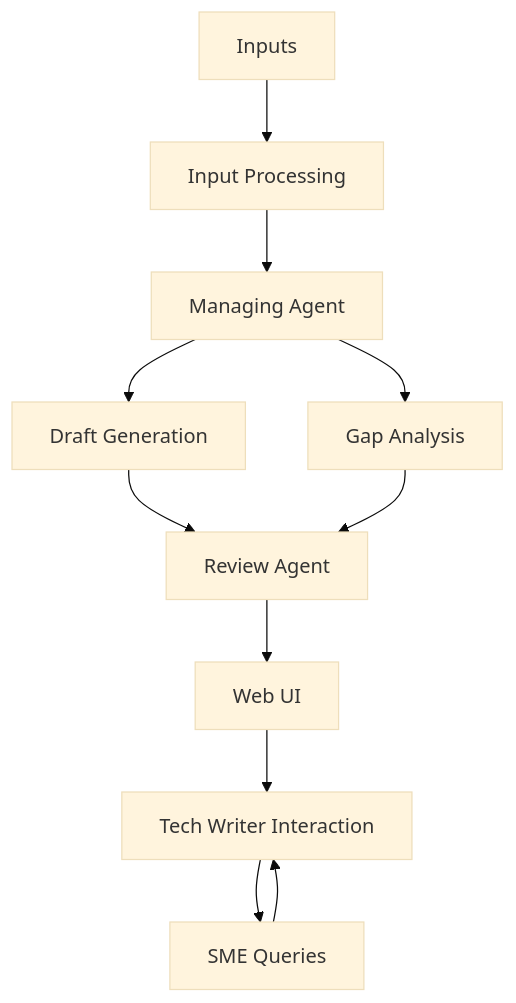
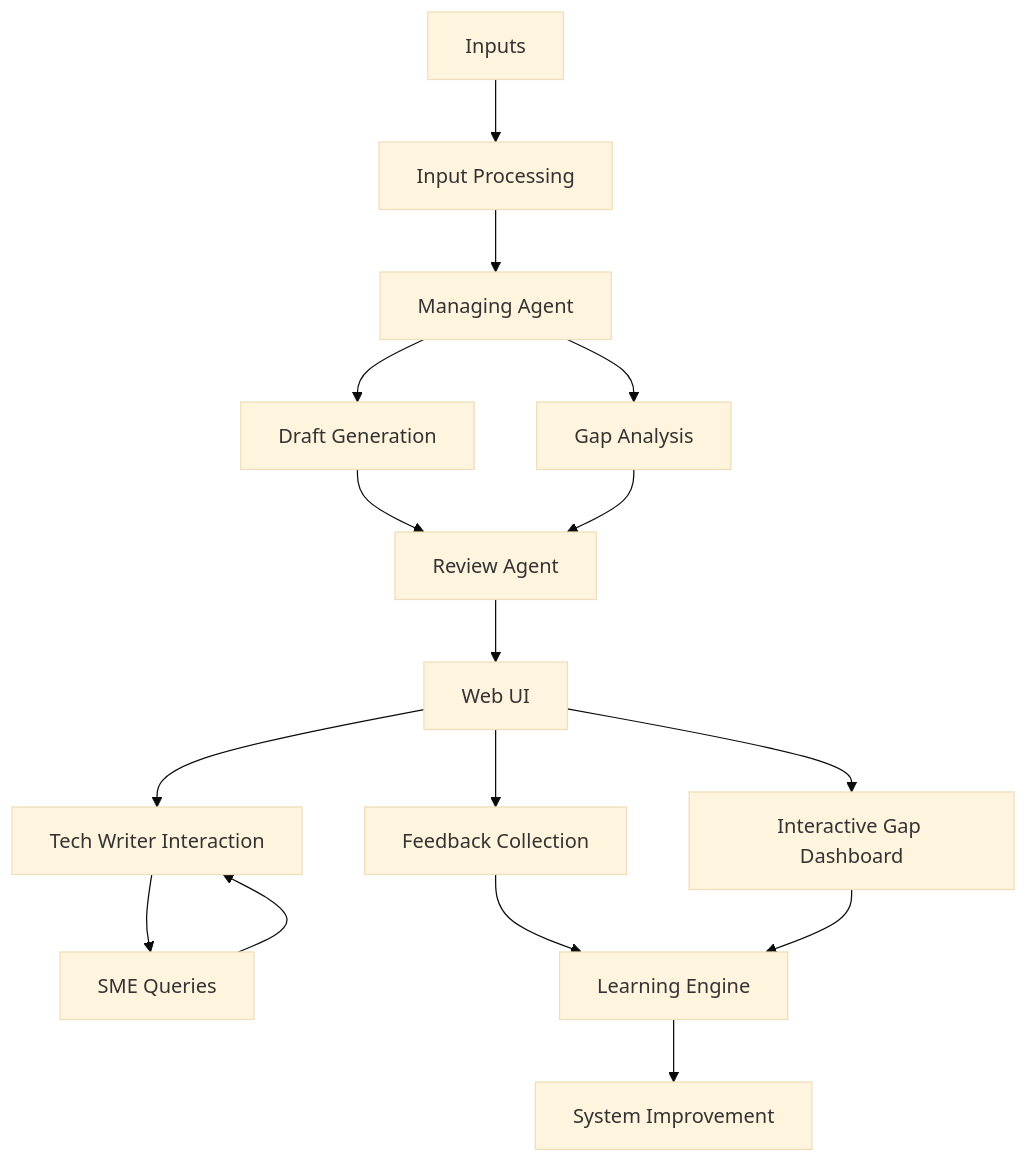
The first of 2 diagrams in PRD.md (mrodgers/doc_creator), drawn with Mermaid (base theme) before and after one commit. The commit also changed other lines of this file and 29 other files, not shown here.

````diff
--- a/PRD.md
+++ b/PRD.md
@@ -147,13 +241,18 @@
 ```mermaid
 flowchart TD
     Inputs --> InputProcessing[Input Processing]
     InputProcessing --> ManagingAgent[Managing Agent]
     ManagingAgent --> DraftGeneration[Draft Generation]
     ManagingAgent --> GapAnalysis[Gap Analysis]
     DraftGeneration --> ReviewAgent[Review Agent]
     GapAnalysis --> ReviewAgent
     ReviewAgent --> UI[Web UI]
+    UI --> GapDashboard[Interactive Gap Dashboard]
+    UI --> FeedbackSystem[Feedback Collection]
     UI --> TechWriter[Tech Writer Interaction]
     TechWriter --> SMEs[SME Queries]
     SMEs --> TechWriter
+    FeedbackSystem --> LearningEngine[Learning Engine]
+    GapDashboard --> LearningEngine
+    LearningEngine --> SystemImprovement[System Improvement]
 ```
````
